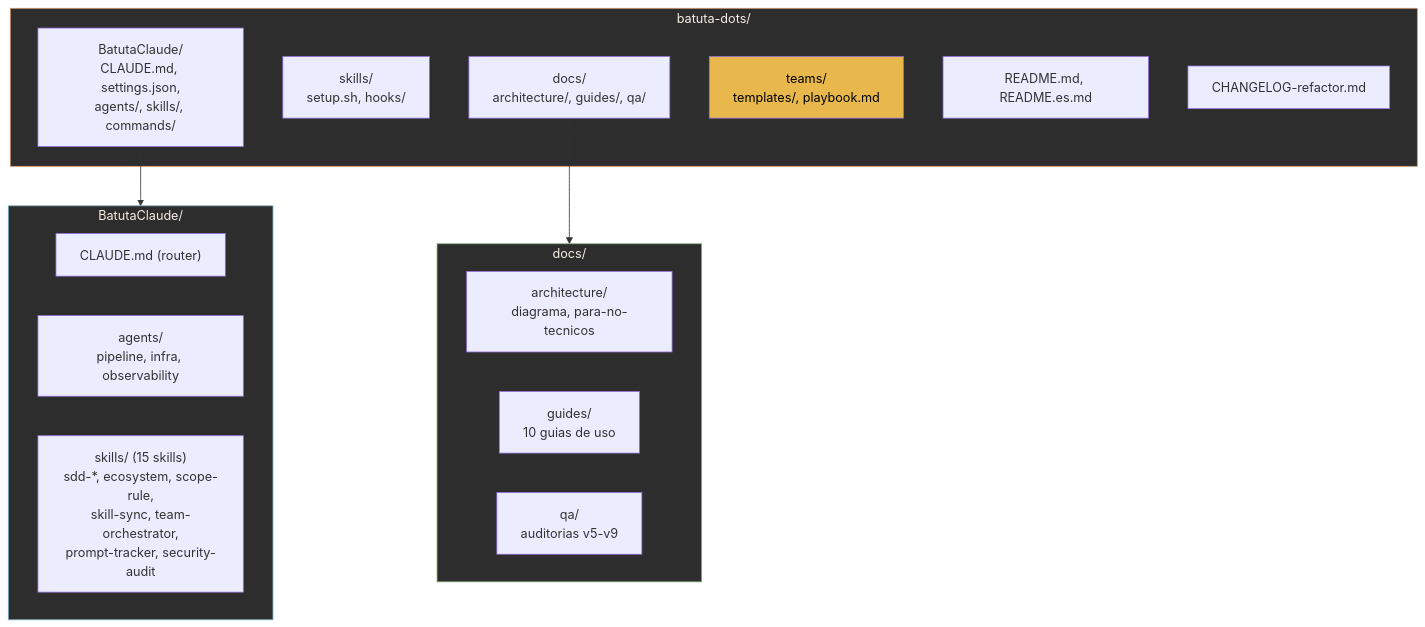
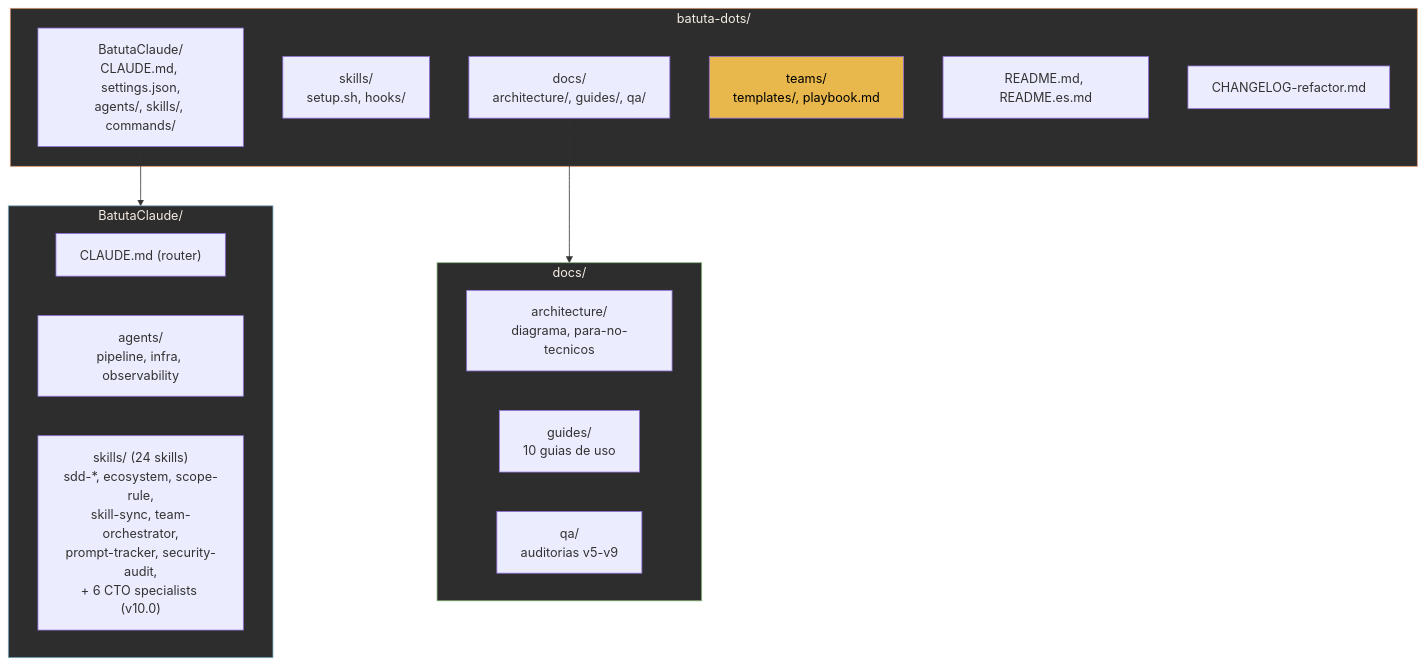
Diagram 23 of 23 in docs/architecture/arquitectura-diagrama.md (jota-batuta/batuta-dots), drawn with Mermaid before and after one commit. The commit also changed other lines of this file and 21 other files, not shown here.

````diff
--- a/docs/architecture/arquitectura-diagrama.md
+++ b/docs/architecture/arquitectura-diagrama.md
@@ -830,31 +830,31 @@
 ```mermaid
 flowchart TD
     subgraph ROOT["batuta-dots/"]
         CLAUDE_DIR["BatutaClaude/<br/>CLAUDE.md, settings.json,<br/>agents/, skills/, commands/"]
         SKILLS_DIR["skills/<br/>setup.sh, hooks/"]
         DOCS["docs/<br/>architecture/, guides/, qa/"]
         TEAMS["teams/<br/>templates/, playbook.md"]
         README["README.md, README.es.md"]
         CHANGELOG["CHANGELOG-refactor.md"]
     end
 
     subgraph CLAUDE_DETAIL["BatutaClaude/"]
         CLAUDE_MD["CLAUDE.md (router)"]
         AGENTS["agents/<br/>pipeline, infra, observability"]
-        SKILLS_15["skills/ (15 skills)<br/>sdd-*, ecosystem, scope-rule,<br/>skill-sync, team-orchestrator,<br/>prompt-tracker, security-audit"]
+        SKILLS_24["skills/ (24 skills)<br/>sdd-*, ecosystem, scope-rule,<br/>skill-sync, team-orchestrator,<br/>prompt-tracker, security-audit,<br/>+ 6 CTO specialists (v10.0)"]
     end
 
     subgraph DOCS_DETAIL["docs/"]
         ARCH["architecture/<br/>diagrama, para-no-tecnicos"]
         GUIDES["guides/<br/>10 guias de uso"]
         QA["qa/<br/>auditorias v5-v9"]
     end
 
     CLAUDE_DIR --> CLAUDE_DETAIL
     DOCS --> DOCS_DETAIL
 
     style ROOT fill:#2d2d2d,stroke:#D4956A,color:#F5EDE4
     style CLAUDE_DETAIL fill:#2d2d2d,stroke:#7AAFC4,color:#F5EDE4
     style DOCS_DETAIL fill:#2d2d2d,stroke:#8BB87A,color:#F5EDE4
     style TEAMS fill:#E8B84D,color:#000
 ```
````
